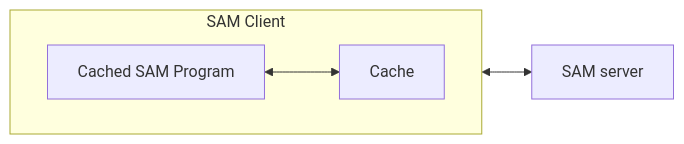
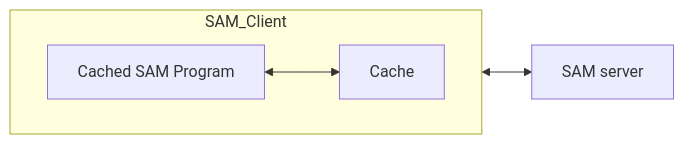
The diagram in README.md (NikhilSDate/Cached-OSAM), drawn with Mermaid before and after one commit.

````diff
--- a/README.md
+++ b/README.md
@@ -7,13 +7,14 @@
 ```mermaid
 flowchart LR
-    subgraph SAM_Client["SAM Client"]
+    SAM_Client["SAM Client"]
+    SAM_Server["SAM server"]
+
+    SAM_Client <--> SAM_Server
+
+    subgraph SAM_Client
         direction LR
         CSP["Cached SAM Program"]
         CACHE["Cache"]
         CSP <--> CACHE
     end
-
-    SAM_Server["SAM server"]
-
-    CSP <--> SAM_Server
 ```
````
